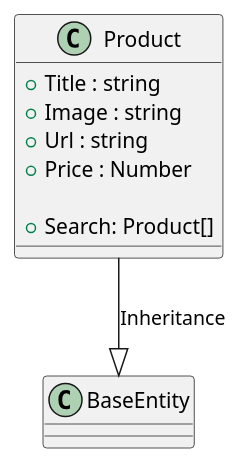
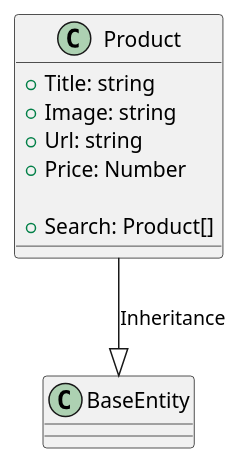
Before and after one commit to evrendev/sport-club: the diagram in uml/Product/Product.puml, drawn with PlantUML. The commit also changed 17 other files, not shown here.

```diff
--- a/uml/Product/Product.puml
+++ b/uml/Product/Product.puml
@@ -1,14 +1,14 @@
 @startuml Product Class Diagram
 
 class Product {
-    + Title : string
-    + Image : string
-    + Url : string
-    + Price : Number
+    + Title: string
+    + Image: string
+    + Url: string
+    + Price: Number
 
-    +Search: Product[]
+    + Search: Product[]
 }
 
 Product --|> BaseEntity: Inheritance
 
 @enduml
```
